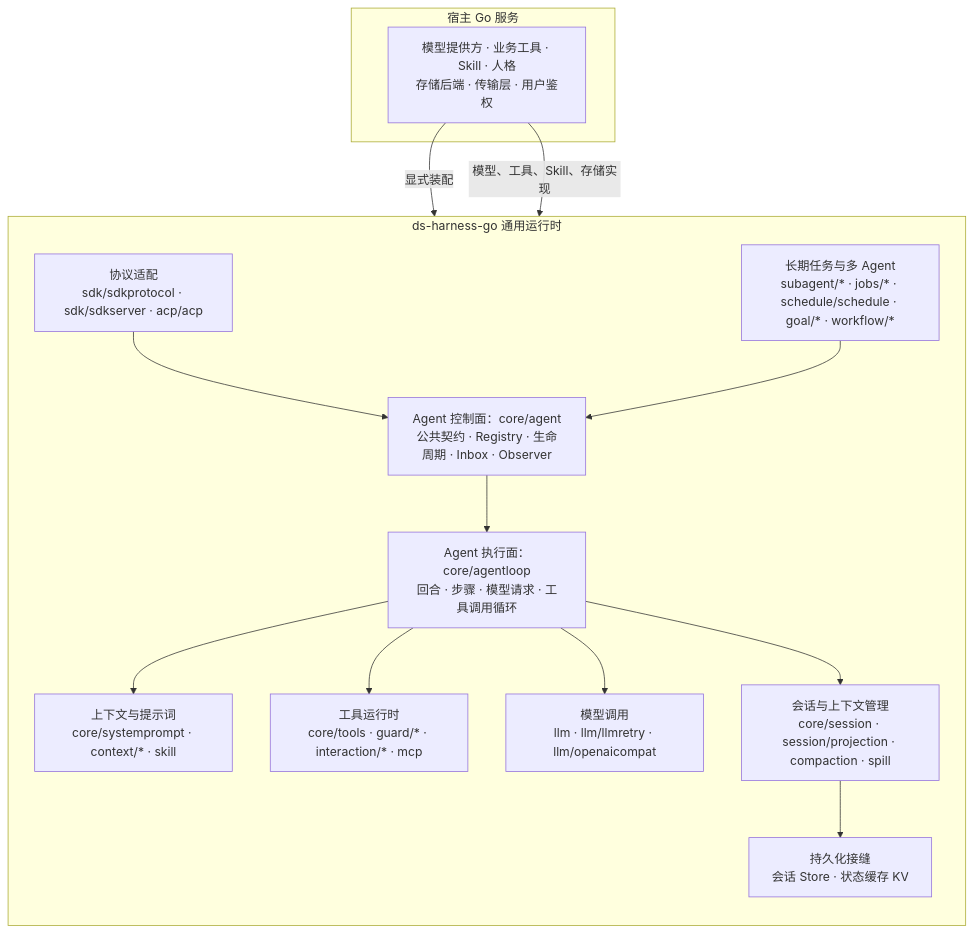
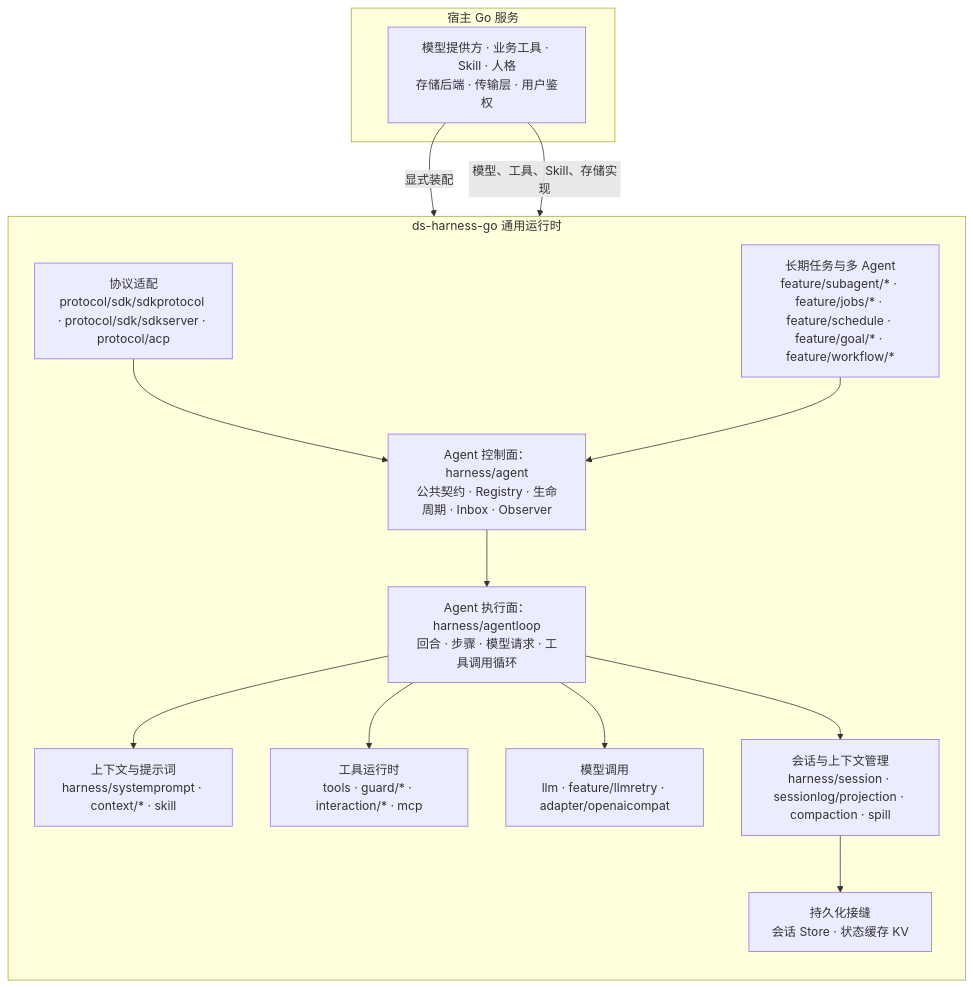
The first of 2 diagrams in README.md (snight1983/ds-harness-go), drawn with Mermaid before and after one commit. The commit also changed other lines of this file and 1281 other files, not shown here.

````diff
--- a/README.md
+++ b/README.md
@@ -65,33 +65,33 @@
 ```mermaid
 flowchart TB
     subgraph Host["宿主 Go 服务"]
         HostCapabilities["模型提供方 · 业务工具 · Skill · 人格<br/>存储后端 · 传输层 · 用户鉴权"]
     end
 
     subgraph Runtime["ds-harness-go 通用运行时"]
         direction TB
 
-        Protocol["协议适配<br/>sdk/sdkprotocol · sdk/sdkserver · acp/acp"]
-        Async["长期任务与多 Agent<br/>subagent/* · jobs/* · schedule/schedule · goal/* · workflow/*"]
-        Control["Agent 控制面：core/agent<br/>公共契约 · Registry · 生命周期 · Inbox · Observer"]
-        Loop["Agent 执行面：core/agentloop<br/>回合 · 步骤 · 模型请求 · 工具调用循环"]
+        Protocol["协议适配<br/>protocol/sdk/sdkprotocol · protocol/sdk/sdkserver · protocol/acp"]
+        Async["长期任务与多 Agent<br/>feature/subagent/* · feature/jobs/* · feature/schedule · feature/goal/* · feature/workflow/*"]
+        Control["Agent 控制面：harness/agent<br/>公共契约 · Registry · 生命周期 · Inbox · Observer"]
+        Loop["Agent 执行面：harness/agentloop<br/>回合 · 步骤 · 模型请求 · 工具调用循环"]
 
-        Prompt["上下文与提示词<br/>core/systemprompt · context/* · skill"]
-        Tools["工具运行时<br/>core/tools · guard/* · interaction/* · mcp"]
-        Model["模型调用<br/>llm · llm/llmretry · llm/openaicompat"]
-        Session["会话与上下文管理<br/>core/session · session/projection · compaction · spill"]
+        Prompt["上下文与提示词<br/>harness/systemprompt · context/* · skill"]
+        Tools["工具运行时<br/>tools · guard/* · interaction/* · mcp"]
+        Model["模型调用<br/>llm · feature/llmretry · adapter/openaicompat"]
+        Session["会话与上下文管理<br/>harness/session · sessionlog/projection · compaction · spill"]
         Persistence["持久化接缝<br/>会话 Store · 状态缓存 KV"]
 
         Protocol --> Control
         Async --> Control
         Control --> Loop
         Loop --> Prompt
         Loop --> Tools
         Loop --> Model
         Loop --> Session
         Session --> Persistence
     end
 
     HostCapabilities -->|显式装配| Protocol
     HostCapabilities -->|模型、工具、Skill、存储实现| Control
 ```
````
